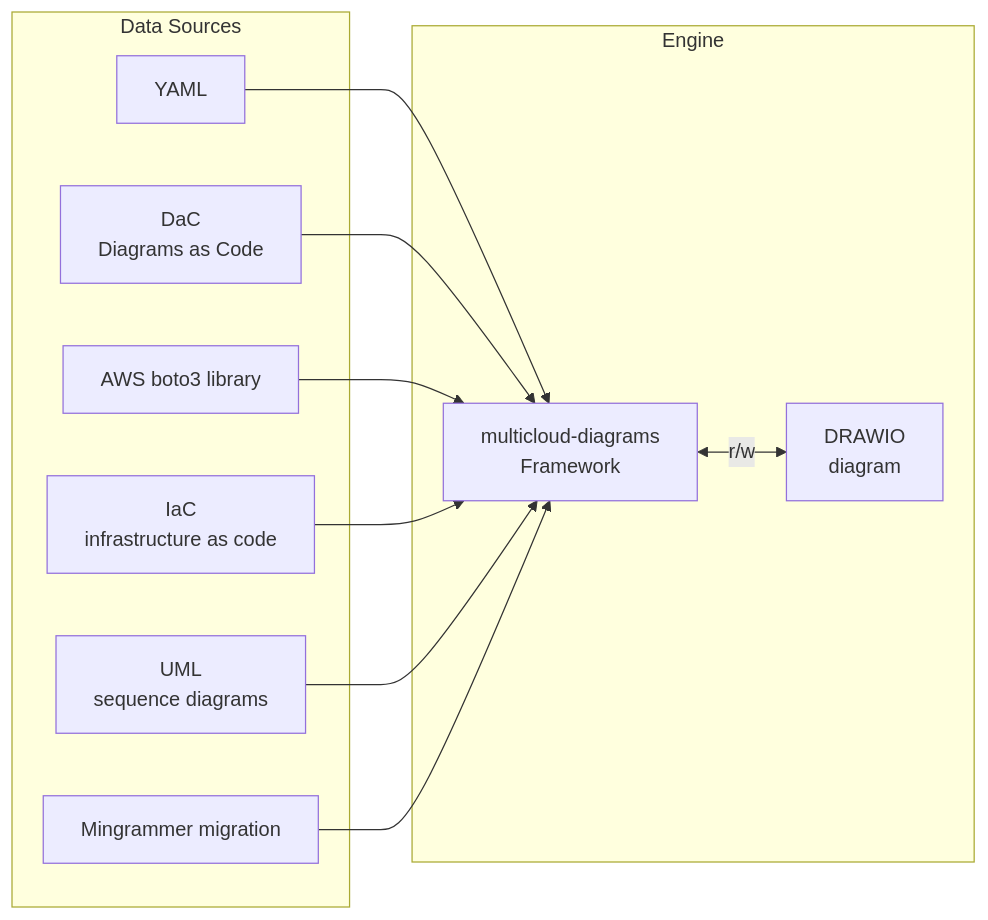
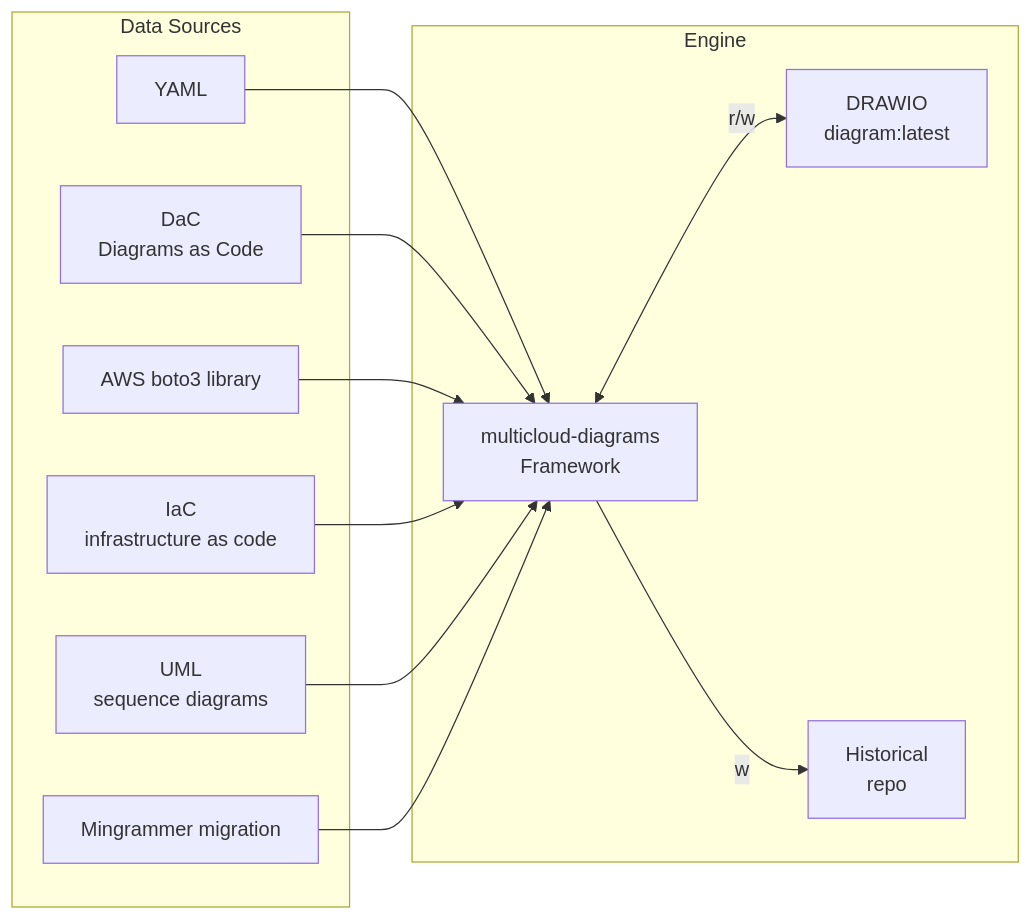
One commit to tsypuk/multicloud-diagrams changed the diagram in docs/docs/core-components/integration.md. Above: the diagram before and after it, drawn with Mermaid.

Commit message:
docs: add historical repo to integration page

````diff
--- a/docs/docs/core-components/integration.md
+++ b/docs/docs/core-components/integration.md
@@ -11,15 +11,16 @@
 ```mermaid
 flowchart LR
 subgraph Engine
-A[multicloud-diagrams\n Framework] <-->| r/w | B[DRAWIO \n diagram];
+A[multicloud-diagrams\n Framework] <-->| r/w | B[DRAWIO \n diagram:latest];
+A[multicloud-diagrams\n Framework] -->| w | C[Historical \n repo];
 end
 
 subgraph Data Sources
 Y[YAML] --> A
 D[DaC \n Diagrams as Code] --> A
 BOTO3[AWS boto3 library] --> A
 IAC[IaC \n infrastructure as code] --> A
 UML[UML \n sequence diagrams] --> A
 M[Mingrammer migration] --> A
 end
 ```
````
